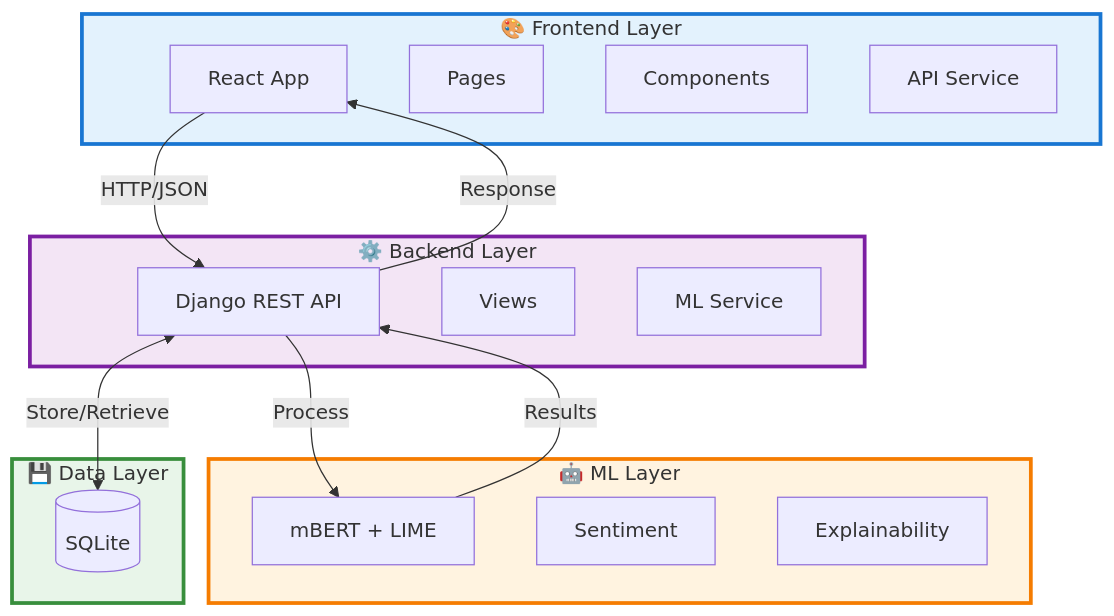
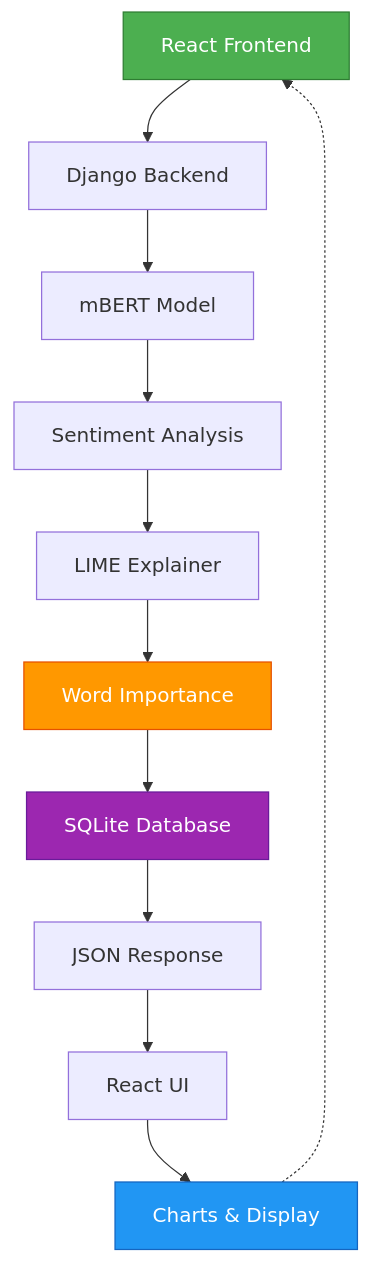
The first of 2 diagrams in README.md (alphapie77/BanglaMovieReviewer), drawn with Mermaid before and after one commit.

Commit message:
Simplify architecture diagram to match How It Works style

````diff
--- a/README.md
+++ b/README.md
@@ -113,36 +113,18 @@
 ```mermaid
-graph TB
-    subgraph Frontend["🎨 Frontend Layer"]
-        A[React App]
-        A1[Pages]
-        A2[Components]
-        A3[API Service]
-    end
+graph TD
+    A[React Frontend] --> B[Django Backend]
+    B --> C[mBERT Model]
+    C --> D[Sentiment Analysis]
+    D --> E[LIME Explainer]
+    E --> F[Word Importance]
+    F --> G[SQLite Database]
+    G --> H[JSON Response]
+    H --> I[React UI]
+    I --> J[Charts & Display]
+    J -.-> A
     
-    subgraph Backend["⚙️ Backend Layer"]
-        B[Django REST API]
-        B1[Views]
-        B2[ML Service]
-    end
-    
-    subgraph ML["🤖 ML Layer"]
-        C[mBERT + LIME]
-        C1[Sentiment]
-        C2[Explainability]
-    end
-    
-    subgraph Data["💾 Data Layer"]
-        D[(SQLite)]
-    end
-    
-    A -->|HTTP/JSON| B
-    B -->|Process| C
-    C -->|Results| B
-    B <-->|Store/Retrieve| D
-    B -->|Response| A
-    
-    style Frontend fill:#e3f2fd,stroke:#1976d2,stroke-width:3px
-    style Backend fill:#f3e5f5,stroke:#7b1fa2,stroke-width:3px
-    style ML fill:#fff3e0,stroke:#f57c00,stroke-width:3px
-    style Data fill:#e8f5e9,stroke:#388e3c,stroke-width:3px
+    style A fill:#4CAF50,stroke:#2E7D32,color:#fff
+    style J fill:#2196F3,stroke:#1565C0,color:#fff
+    style F fill:#FF9800,stroke:#E65100,color:#fff
+    style G fill:#9C27B0,stroke:#6A1B9A,color:#fff
 ```
````
